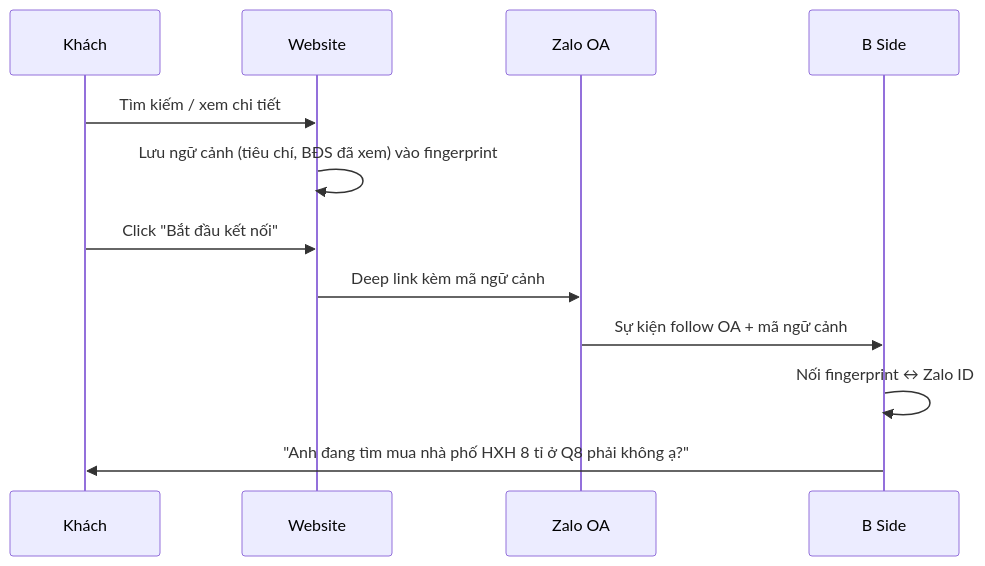
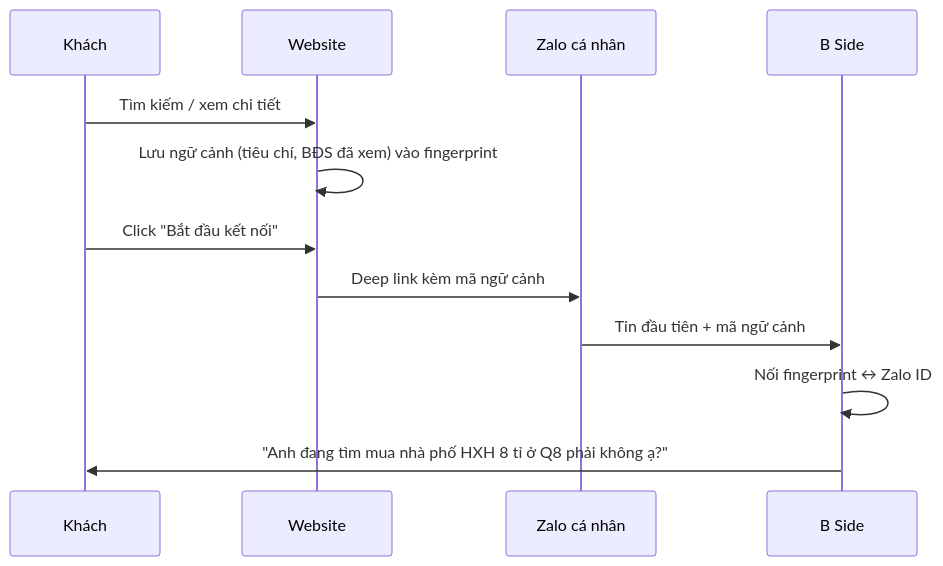
The second of 8 diagrams in docs/03-user-flows.md (quang507/AOND), drawn with Mermaid before and after one commit. The commit also changed other lines of this file and 18 other files, not shown here.

````diff
--- a/docs/03-user-flows.md
+++ b/docs/03-user-flows.md
@@ -64,14 +70,14 @@
 ```mermaid
 sequenceDiagram
     participant U as Khách
     participant W as Website
-    participant Z as Zalo OA
+    participant Z as Zalo cá nhân
     participant BS as B Side
     U->>W: Tìm kiếm / xem chi tiết
     W->>W: Lưu ngữ cảnh (tiêu chí, BĐS đã xem) vào fingerprint
     U->>W: Click "Bắt đầu kết nối"
     W->>Z: Deep link kèm mã ngữ cảnh
-    Z->>BS: Sự kiện follow OA + mã ngữ cảnh
+    Z->>BS: Tin đầu tiên + mã ngữ cảnh
     BS->>BS: Nối fingerprint ↔ Zalo ID
     BS->>U: "Anh đang tìm mua nhà phố HXH 8 tỉ ở Q8 phải không ạ?"
 ```
````
